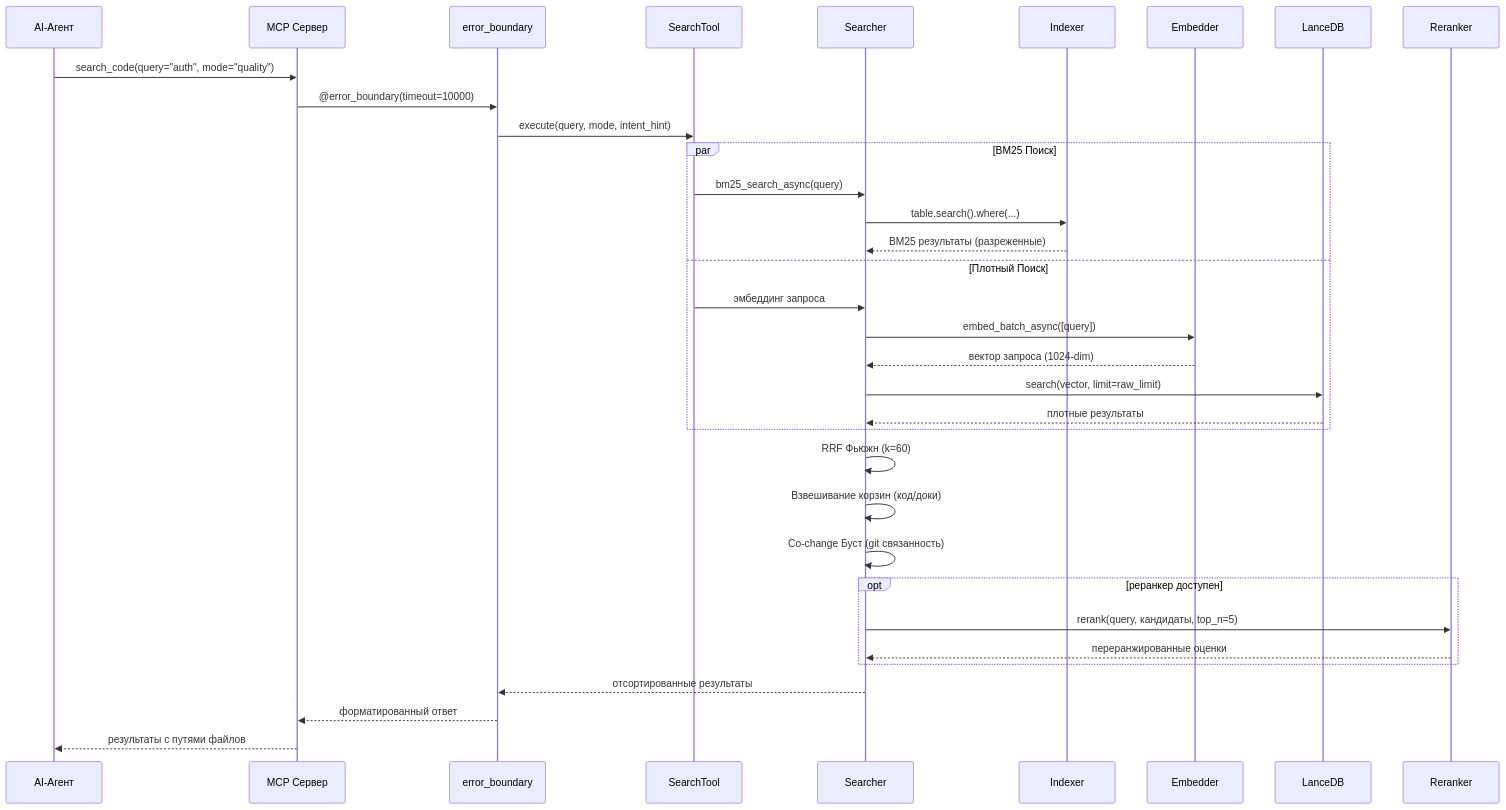
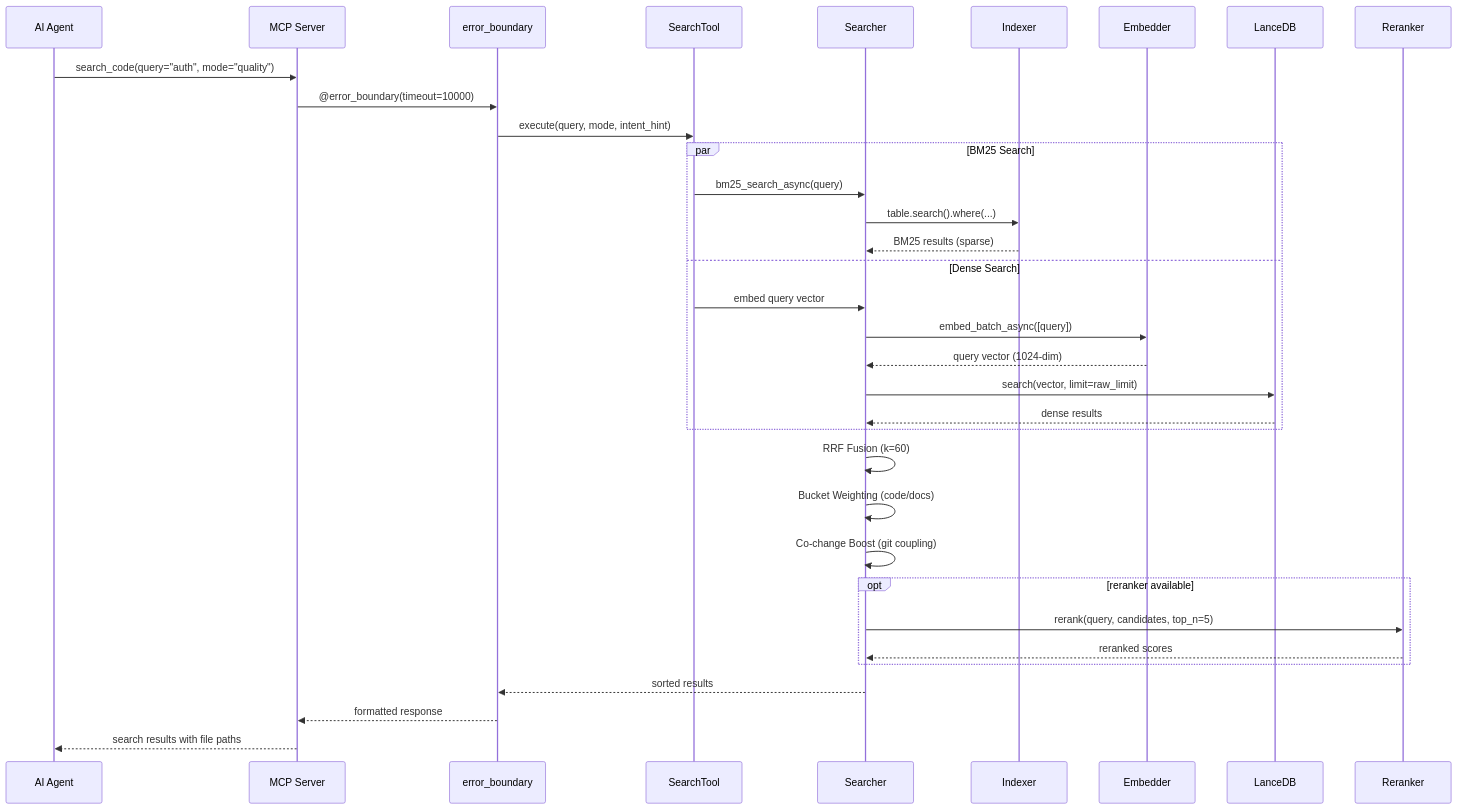
Before and after one commit to ManSio/mscodebase-intelligence: the third of 8 diagrams in docs/ru/ARCHITECTURE_DEEP.md, drawn with Mermaid. The commit also changed other lines of this file and 44 other files, not shown here.

````diff
--- a/docs/ru/ARCHITECTURE_DEEP.md
+++ b/docs/ru/ARCHITECTURE_DEEP.md
@@ -79,41 +79,41 @@
 ```mermaid
 sequenceDiagram
-    participant User as AI-Агент
-    participant MCP as MCP Сервер
+    participant User as AI Agent
+    participant MCP as MCP Server
     participant EB as error_boundary
     participant ST as SearchTool
     participant S as Searcher
     participant I as Indexer
     participant E as Embedder
     participant DB as LanceDB
     participant R as Reranker
 
     User->>MCP: search_code(query="auth", mode="quality")
     MCP->>EB: @error_boundary(timeout=10000)
     EB->>ST: execute(query, mode, intent_hint)
     
-    par BM25 Поиск
+    par BM25 Search
         ST->>S: bm25_search_async(query)
         S->>I: table.search().where(...)
-        I-->>S: BM25 результаты (разреженные)
-    and Плотный Поиск
-        ST->>S: эмбеддинг запроса
+        I-->>S: BM25 results (sparse)
+    and Dense Search
+        ST->>S: embed query vector
         S->>E: embed_batch_async([query])
-        E-->>S: вектор запроса (1024-dim)
+        E-->>S: query vector (1024-dim)
         S->>DB: search(vector, limit=raw_limit)
-        DB-->>S: плотные результаты
+        DB-->>S: dense results
     end
     
-    S->>S: RRF Фьюжн (k=60)
-    S->>S: Взвешивание корзин (код/доки)
-    S->>S: Co-change Буст (git связанность)
+    S->>S: RRF Fusion (k=60)
+    S->>S: Bucket Weighting (code/docs)
+    S->>S: Co-change Boost (git coupling)
     
-    opt реранкер доступен
-        S->>R: rerank(query, кандидаты, top_n=5)
-        R-->>S: переранжированные оценки
+    opt reranker available
+        S->>R: rerank(query, candidates, top_n=5)
+        R-->>S: reranked scores
     end
     
-    S-->>EB: отсортированные результаты
-    EB-->>MCP: форматированный ответ
-    MCP-->>User: результаты с путями файлов
+    S-->>EB: sorted results
+    EB-->>MCP: formatted response
+    MCP-->>User: search results with file paths
 ```
````
